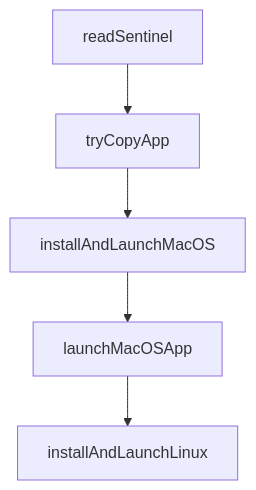
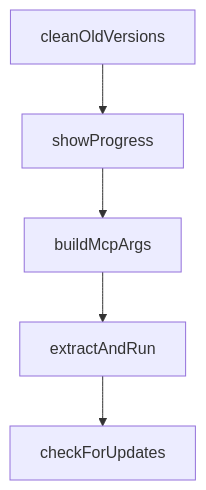
The diagram in tutorials/vibe-kanban-tutorial/05-review-and-quality-gates.md (johnxie/awesome-code-docs), drawn with Mermaid before and after one commit. The commit also changed other lines of this file and 1232 other files, not shown here.

````diff
--- a/tutorials/vibe-kanban-tutorial/05-review-and-quality-gates.md
+++ b/tutorials/vibe-kanban-tutorial/05-review-and-quality-gates.md
@@ -219,12 +217,12 @@
 ```mermaid
 flowchart TD
-    A[readSentinel]
-    B[tryCopyApp]
-    C[installAndLaunchMacOS]
-    D[launchMacOSApp]
-    E[installAndLaunchLinux]
+    A[cleanOldVersions]
+    B[showProgress]
+    C[buildMcpArgs]
+    D[extractAndRun]
+    E[checkForUpdates]
     A --> B
     B --> C
     C --> D
     D --> E
 ```
````
